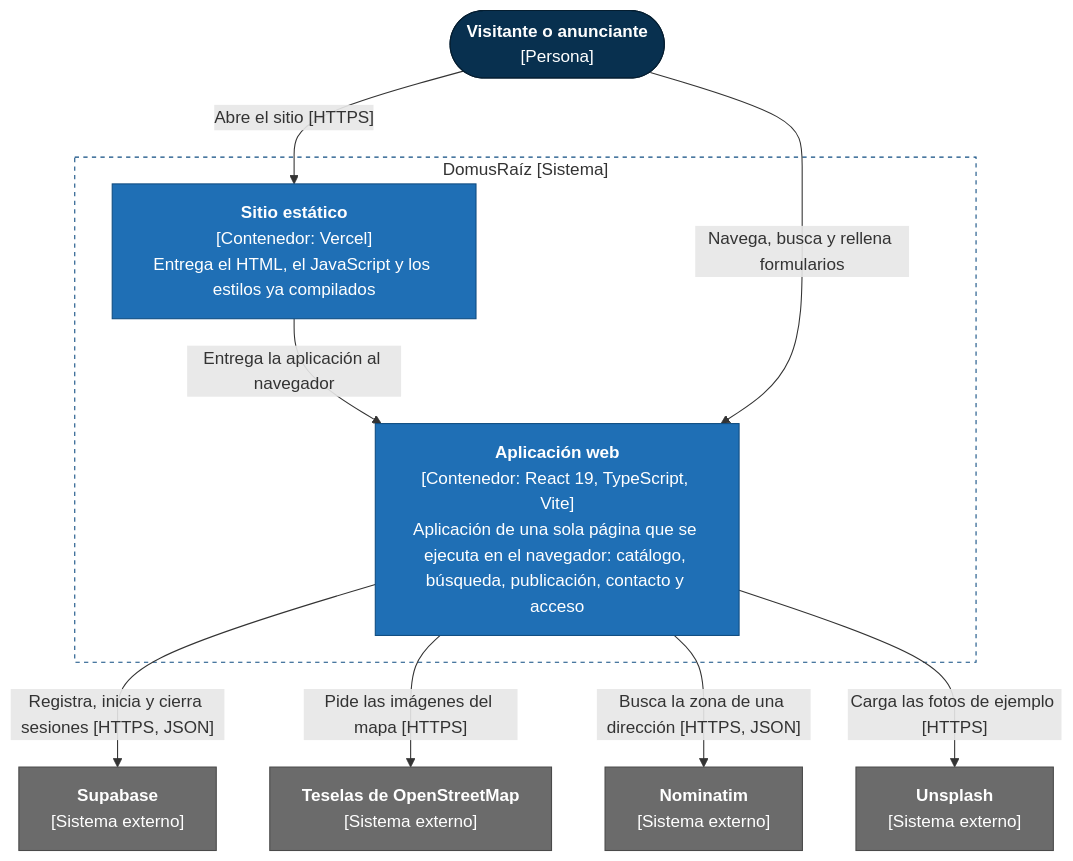
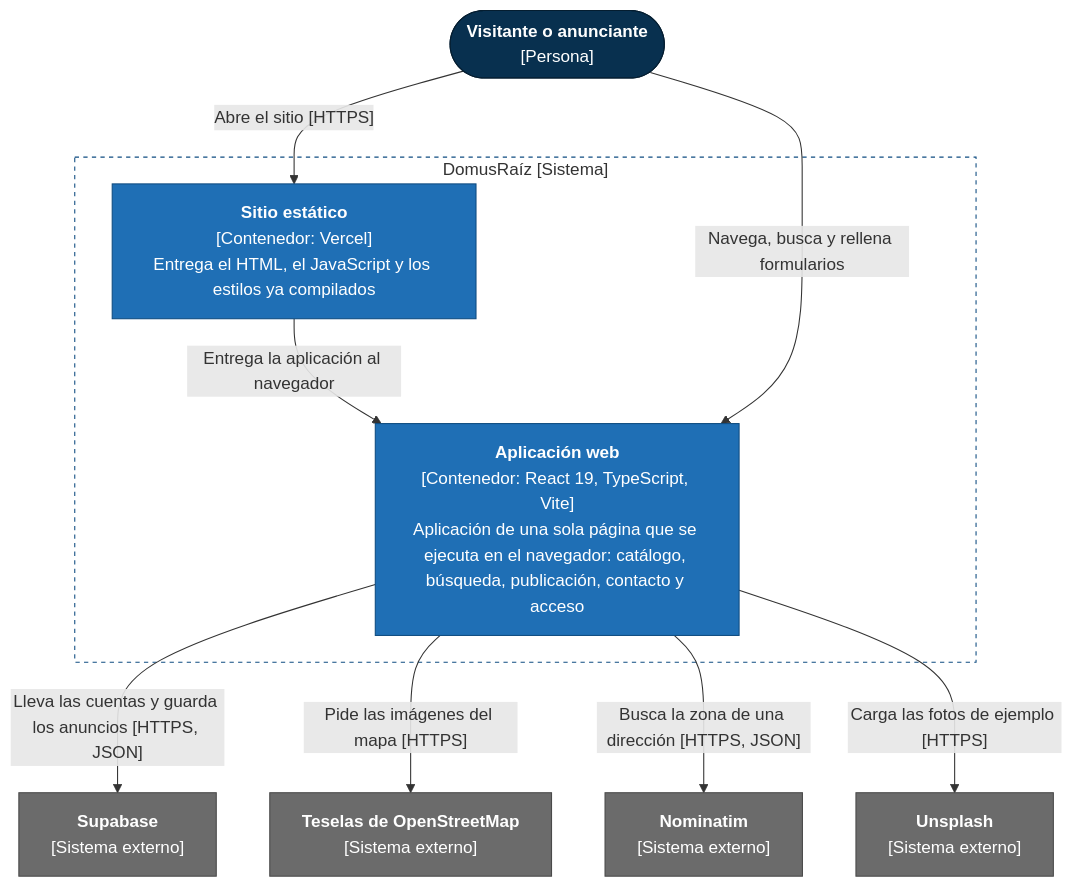
Before and after one commit to jespinal899/raizMotor: the third of 6 diagrams in docs/arquitectura.md, drawn with Mermaid. The commit also changed other lines of this file and 1 other file, not shown here.

First line of the commit message:
docs: documenta los anuncios compartidos y las migraciones

````diff
--- a/docs/arquitectura.md
+++ b/docs/arquitectura.md
@@ -88,34 +88,34 @@
 ```mermaid
 %%{init: {"flowchart": {"wrappingWidth": 280}}}%%
 flowchart TB
     accTitle: Contenedores de DomusRaíz
     accDescr: La persona abre el sitio estático de Vercel, que entrega la aplicación web al navegador. La aplicación lleva las cuentas en Supabase y consulta OpenStreetMap, Nominatim y Unsplash.
 
     usuario(["<b>Visitante o anunciante</b><br/>[Persona]"])
 
     subgraph domus ["DomusRaíz [Sistema]"]
         pages["<b>Sitio estático</b><br/>[Contenedor: Vercel]<br/>Entrega el HTML, el JavaScript y los estilos ya compilados"]
         spa["<b>Aplicación web</b><br/>[Contenedor: React 19, TypeScript, Vite]<br/>Aplicación de una sola página que se ejecuta en el navegador: catálogo, búsqueda, publicación, contacto y acceso"]
     end
 
     supabase["<b>Supabase</b><br/>[Sistema externo]"]
     tiles["<b>Teselas de OpenStreetMap</b><br/>[Sistema externo]"]
     nominatim["<b>Nominatim</b><br/>[Sistema externo]"]
     unsplash["<b>Unsplash</b><br/>[Sistema externo]"]
 
     usuario -- "Abre el sitio [HTTPS]" --> pages
     pages -- "Entrega la aplicación al navegador" --> spa
     usuario -- "Navega, busca y rellena formularios" --> spa
-    spa -- "Registra, inicia y cierra sesiones [HTTPS, JSON]" --> supabase
+    spa -- "Lleva las cuentas y guarda los anuncios [HTTPS, JSON]" --> supabase
     spa -- "Pide las imágenes del mapa [HTTPS]" --> tiles
     spa -- "Busca la zona de una dirección [HTTPS, JSON]" --> nominatim
     spa -- "Carga las fotos de ejemplo [HTTPS]" --> unsplash
 
     classDef persona fill:#08304f,stroke:#041d30,color:#fff
     classDef contenedor fill:#1f6fb5,stroke:#0f4c81,color:#fff
     classDef externo fill:#6b6b6b,stroke:#4a4a4a,color:#fff
     class usuario persona
     class pages,spa contenedor
     class supabase,tiles,nominatim,unsplash externo
     style domus fill:none,stroke:#0f4c81,stroke-dasharray:4 4
 ```
````
